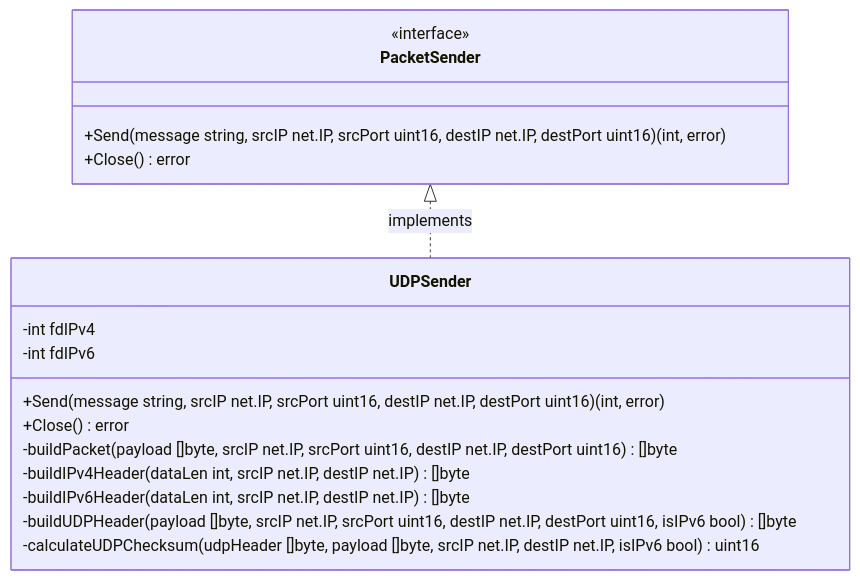
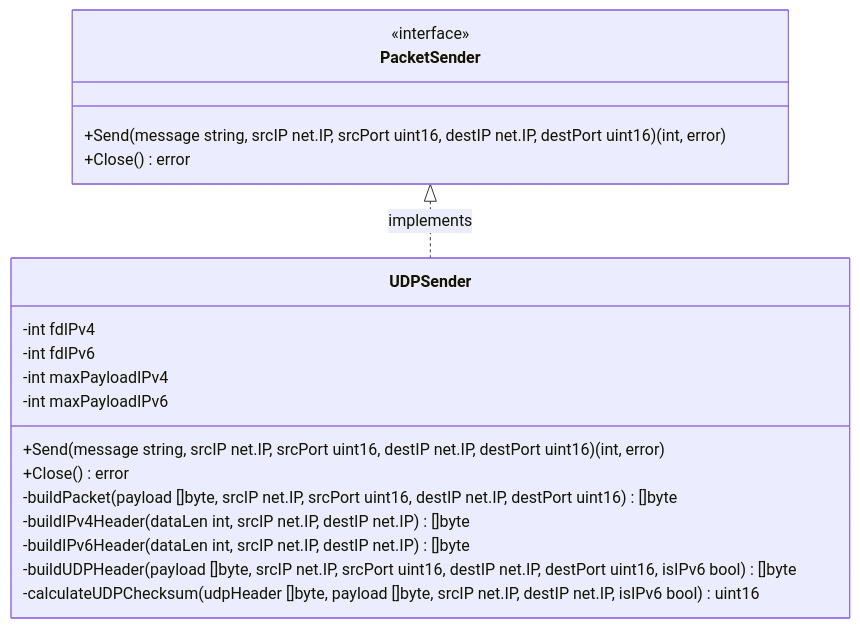
The second of 8 diagrams in DESIGN.md (rgnv/udp-sender), drawn with Mermaid before and after one commit. The commit also changed other lines of this file and 11 other files, not shown here.

````diff
--- a/DESIGN.md
+++ b/DESIGN.md
@@ -40,22 +40,24 @@
 ```mermaid
 classDiagram
     class PacketSender {
         <<interface>>
         +Send(message string, srcIP net.IP, srcPort uint16, destIP net.IP, destPort uint16) (int, error)
         +Close() error
     }
     
     class UDPSender {
         -int fdIPv4
         -int fdIPv6
+        -int maxPayloadIPv4
+        -int maxPayloadIPv6
         +Send(message string, srcIP net.IP, srcPort uint16, destIP net.IP, destPort uint16) (int, error)
         +Close() error
         -buildPacket(payload []byte, srcIP net.IP, srcPort uint16, destIP net.IP, destPort uint16) []byte
         -buildIPv4Header(dataLen int, srcIP net.IP, destIP net.IP) []byte
         -buildIPv6Header(dataLen int, srcIP net.IP, destIP net.IP) []byte
         -buildUDPHeader(payload []byte, srcIP net.IP, srcPort uint16, destIP net.IP, destPort uint16, isIPv6 bool) []byte
         -calculateUDPChecksum(udpHeader []byte, payload []byte, srcIP net.IP, destIP net.IP, isIPv6 bool) uint16
     }
     
     PacketSender <|.. UDPSender : implements
 ```
````
